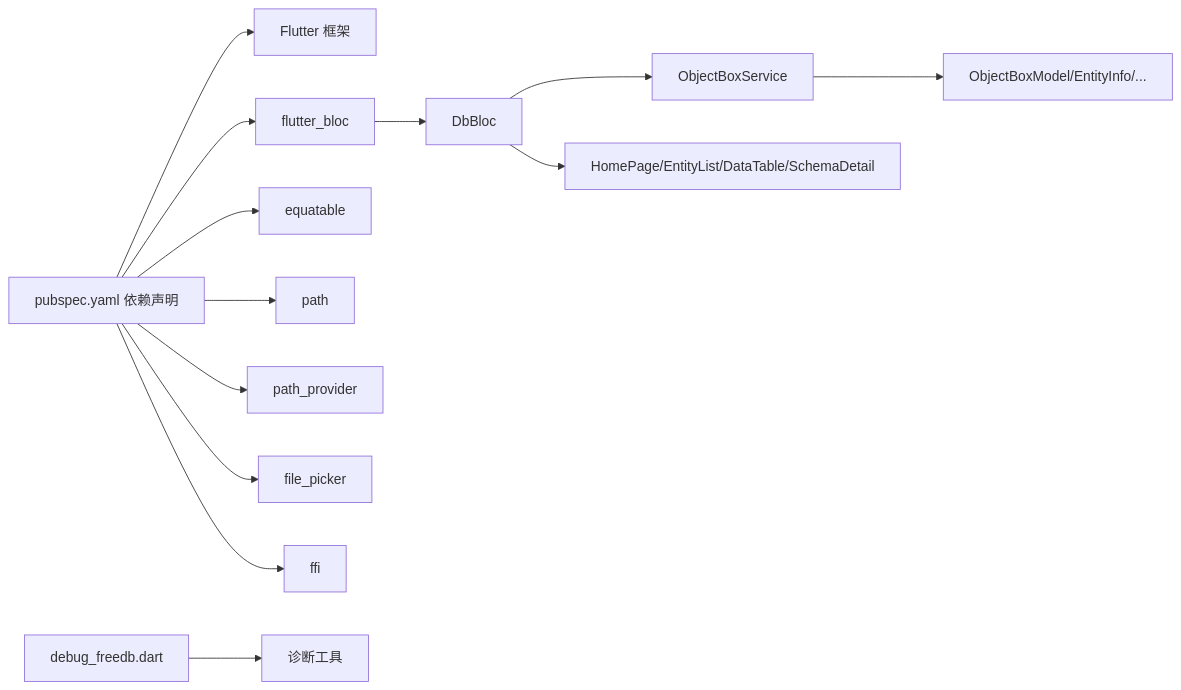
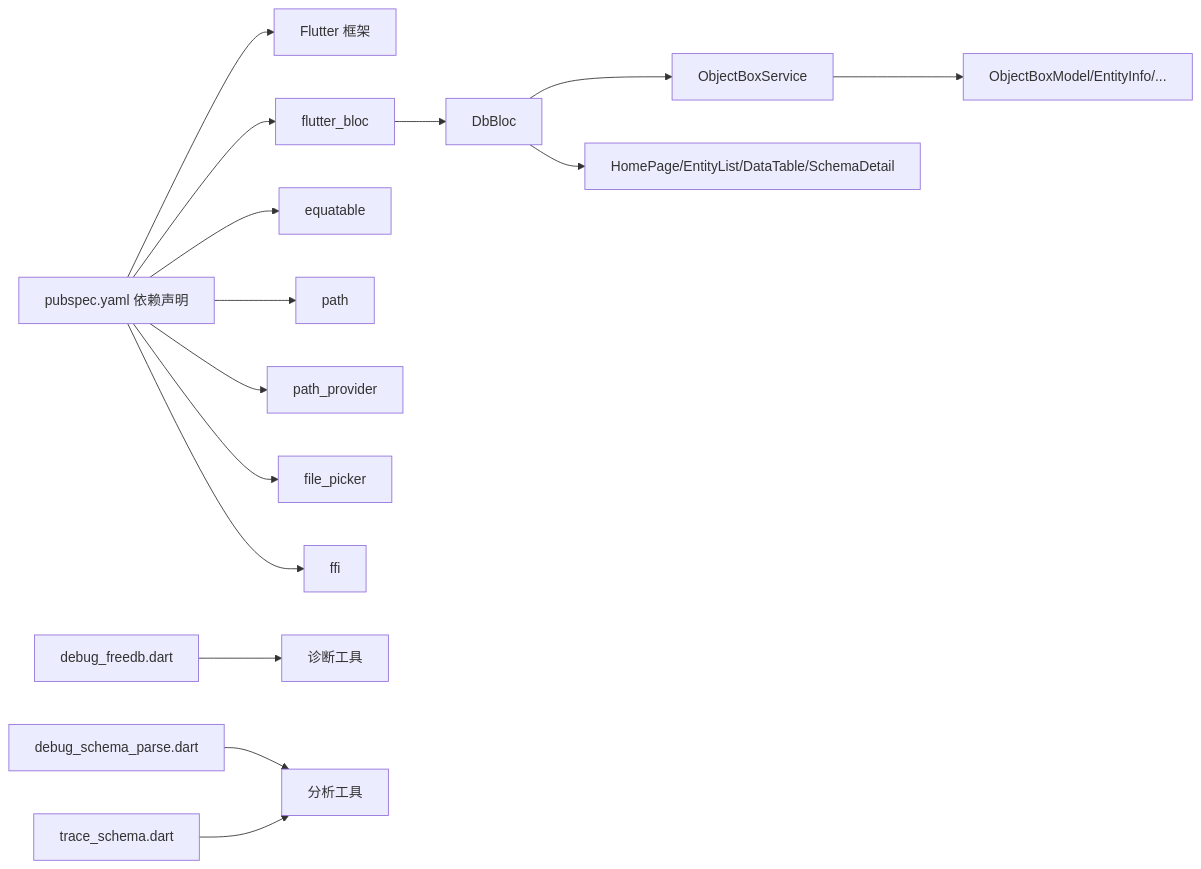
One commit to kongpf8848/objectbox_viewer changed the seventh of 7 diagrams in .qoder/repowiki/zh/content/架构设计/服务层架构.md. Above: the diagram before and after it, drawn with Mermaid. The commit also changed other lines of this file and 8 other files, not shown here.

````diff
--- a/.qoder/repowiki/zh/content/架构设计/服务层架构.md
+++ b/.qoder/repowiki/zh/content/架构设计/服务层架构.md
@@ -329,15 +352,17 @@
 ```mermaid
 graph LR
 PUB["pubspec.yaml 依赖声明"] --> FLUTTER["Flutter 框架"]
 PUB --> BLOC["flutter_bloc"]
 PUB --> EQUATABLE["equatable"]
 PUB --> PATH["path"]
 PUB --> PATH_PROVIDER["path_provider"]
 PUB --> FILE_PICKER["file_picker"]
 PUB --> FFI["ffi"]
 BLOC --> DBLOC["DbBloc"]
 DBLOC --> SVC["ObjectBoxService"]
 SVC --> MODEL["ObjectBoxModel/EntityInfo/..."]
 DBLOC --> UI["HomePage/EntityList/DataTable/SchemaDetail"]
 DEBUG_FREEDB["debug_freedb.dart"] --> TOOL["诊断工具"]
+DEBUG_SCHEMA["debug_schema_parse.dart"] --> ANALYSIS["分析工具"]
+TRACE_SCHEMA["trace_schema.dart"] --> ANALYSIS
 ```
````
